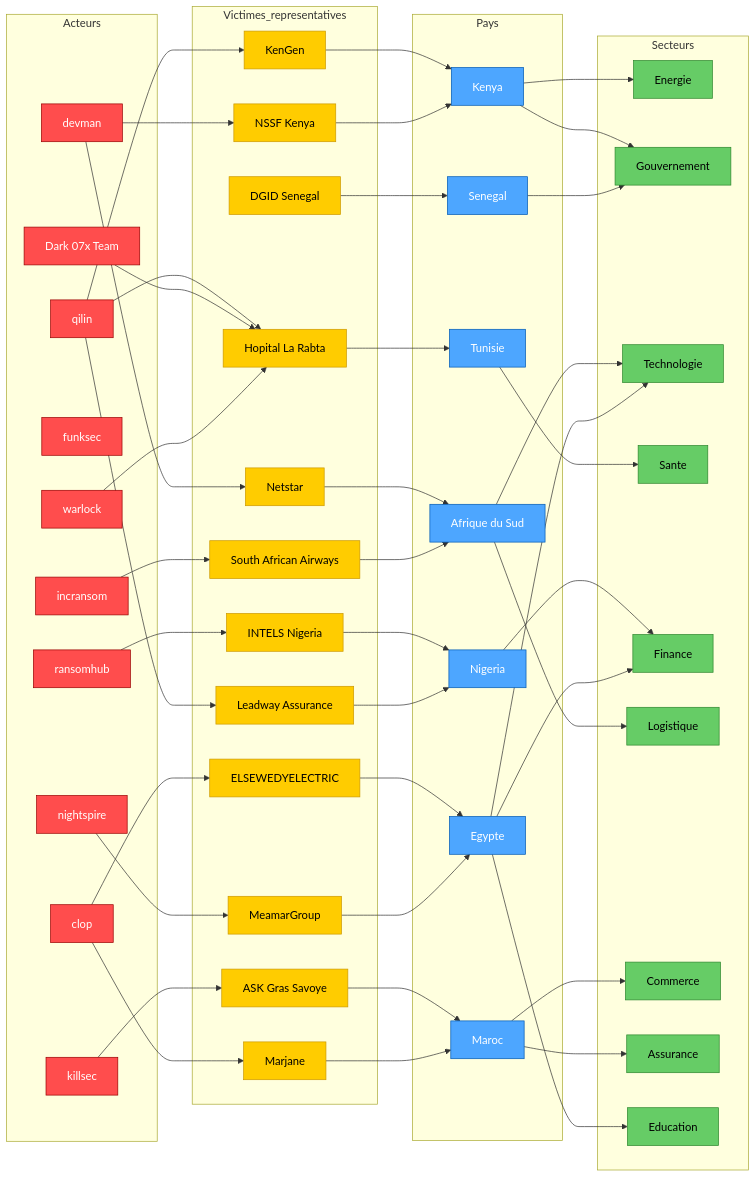
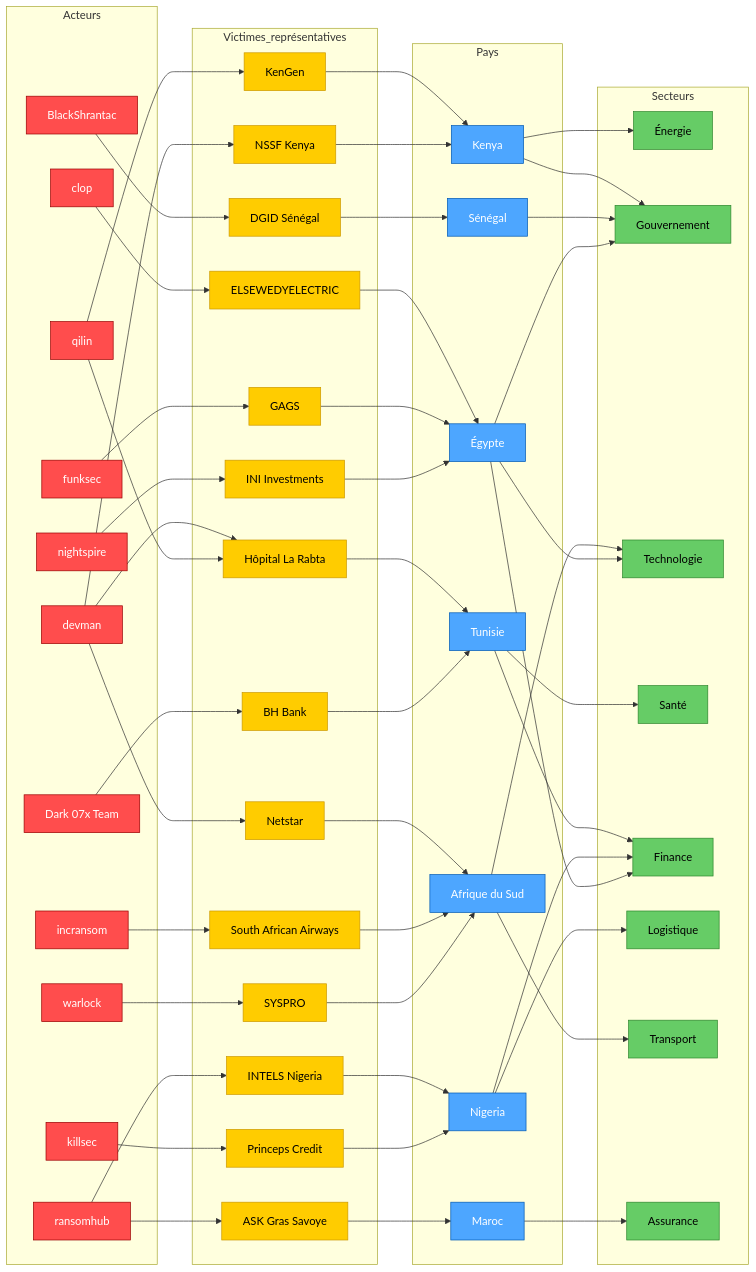
Before and after one commit to Hatchepsoute/AFRINTEL: the diagram in visual-intelligence/ecosystem-map_2025_fr.md, drawn with Mermaid. The commit also changed other lines of this file and 3 other files, not shown here.

````diff
--- a/visual-intelligence/ecosystem-map_2025_fr.md
+++ b/visual-intelligence/ecosystem-map_2025_fr.md
@@ -20,69 +20,75 @@
 classDef sector fill:#66cc66,stroke:#2d862d,color:#000
 
 subgraph Acteurs
-A1[qilin]
-A2[devman]
-A3[incransom]
-A4[funksec]
-A5[nightspire]
-A6[killsec]
-A7[clop]
-A8[ransomhub]
-A9[warlock]
-A10[Dark 07x Team]
+    A1[qilin]
+    A2[devman]
+    A3[incransom]
+    A4[funksec]
+    A5[nightspire]
+    A6[killsec]
+    A7[clop]
+    A8[ransomhub]
+    A9[warlock]
+    A10[Dark 07x Team]
+    A11[BlackShrantac]
 end
 
-subgraph Victimes_representatives
-V1[KenGen]
-V2[NSSF Kenya]
-V3[Netstar]
-V4[Hopital La Rabta]
-V5[INTELS Nigeria]
-V6[DGID Senegal]
-V7[ASK Gras Savoye]
-V8[ELSEWEDYELECTRIC]
-V9[South African Airways]
-V10[MeamarGroup]
-V11[Leadway Assurance]
-V12[Marjane]
+subgraph Victimes_représentatives
+    V1[KenGen]
+    V2[NSSF Kenya]
+    V3[Netstar]
+    V4[Hôpital La Rabta]
+    V5[INTELS Nigeria]
+    V6[DGID Sénégal]
+    V7[ASK Gras Savoye]
+    V8[ELSEWEDYELECTRIC]
+    V9[South African Airways]
+    V10[GAGS]
+    V11[INI Investments]
+    V12[Princeps Credit]
+    V13[BH Bank]
+    V14[SYSPRO]
 end
 
 subgraph Pays
-C1[Kenya]
-C2[Afrique du Sud]
-C3[Tunisie]
-C4[Nigeria]
-C5[Senegal]
-C6[Maroc]
-C7[Egypte]
+    C1[Kenya]
+    C2[Afrique du Sud]
+    C3[Tunisie]
+    C4[Nigeria]
+    C5[Sénégal]
+    C6[Maroc]
+    C7[Égypte]
 end
 
 subgraph Secteurs
-S1[Energie]
-S2[Gouvernement]
-S3[Technologie]
-S4[Sante]
-S5[Finance]
-S6[Logistique]
-S7[Commerce]
-S8[Assurance]
-S9[Education]
+    S1[Énergie]
+    S2[Gouvernement]
+    S3[Technologie]
+    S4[Santé]
+    S5[Finance]
+    S6[Logistique]
+    S7[Transport]
+    S8[Assurance]
 end
 
+%% Liens acteurs -> victimes
 A1 --> V1
 A2 --> V2
 A2 --> V3
+A2 --> V4
 A1 --> V4
 A8 --> V5
+A11 --> V6
+A8 --> V7
 A7 --> V8
 A3 --> V9
-A6 --> V7
-A5 --> V10
-A10 --> V4
-A1 --> V11
-A7 --> V12
-A9 --> V4
+A4 --> V10
+A5 --> V11
+A6 --> V12
+A10 --> V13
+A9 --> V14
 
+%% Liens victimes -> pays
 V1 --> C1
 V2 --> C1
 V3 --> C2
@@ -93,24 +99,28 @@
 V8 --> C7
 V9 --> C2
 V10 --> C7
-V11 --> C4
-V12 --> C6
+V11 --> C7
+V12 --> C4
+V13 --> C3
+V14 --> C2
 
+%% Liens pays -> secteurs
 C1 --> S1
 C1 --> S2
 C2 --> S3
-C2 --> S6
+C2 --> S7
 C3 --> S4
+C3 --> S5
+C4 --> S6
 C4 --> S5
 C5 --> S2
 C6 --> S8
-C6 --> S7
 C7 --> S3
 C7 --> S5
-C7 --> S9
+C7 --> S2
 
-class A1,A2,A3,A4,A5,A6,A7,A8,A9,A10 actor
-class V1,V2,V3,V4,V5,V6,V7,V8,V9,V10,V11,V12 victim
+class A1,A2,A3,A4,A5,A6,A7,A8,A9,A10,A11 actor
+class V1,V2,V3,V4,V5,V6,V7,V8,V9,V10,V11,V12,V13,V14 victim
 class C1,C2,C3,C4,C5,C6,C7 country
-class S1,S2,S3,S4,S5,S6,S7,S8,S9 sector
+class S1,S2,S3,S4,S5,S6,S7,S8 sector
 ```
````
